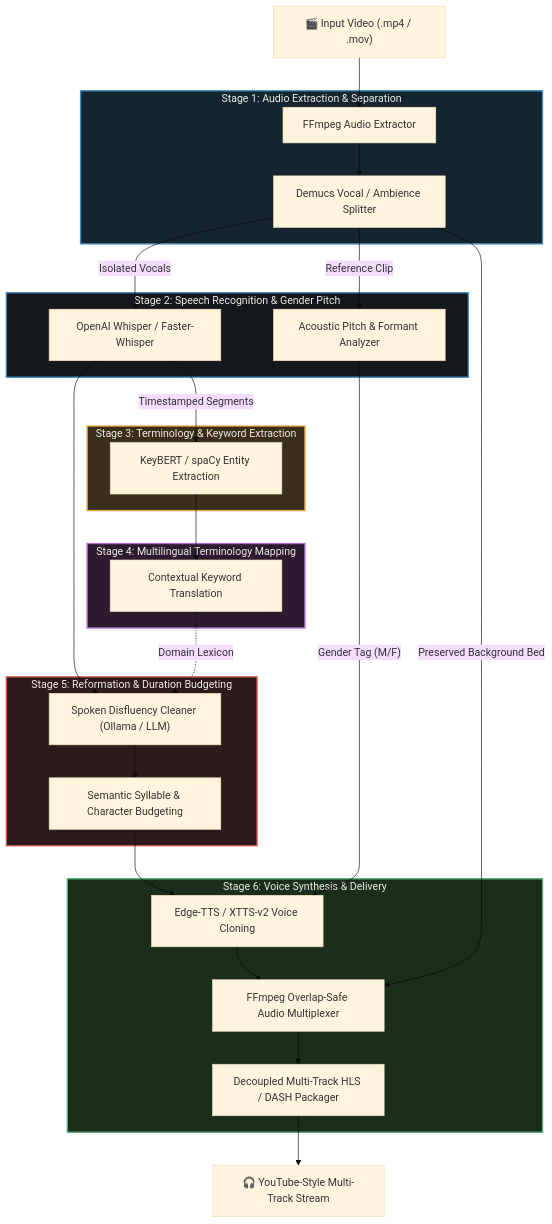
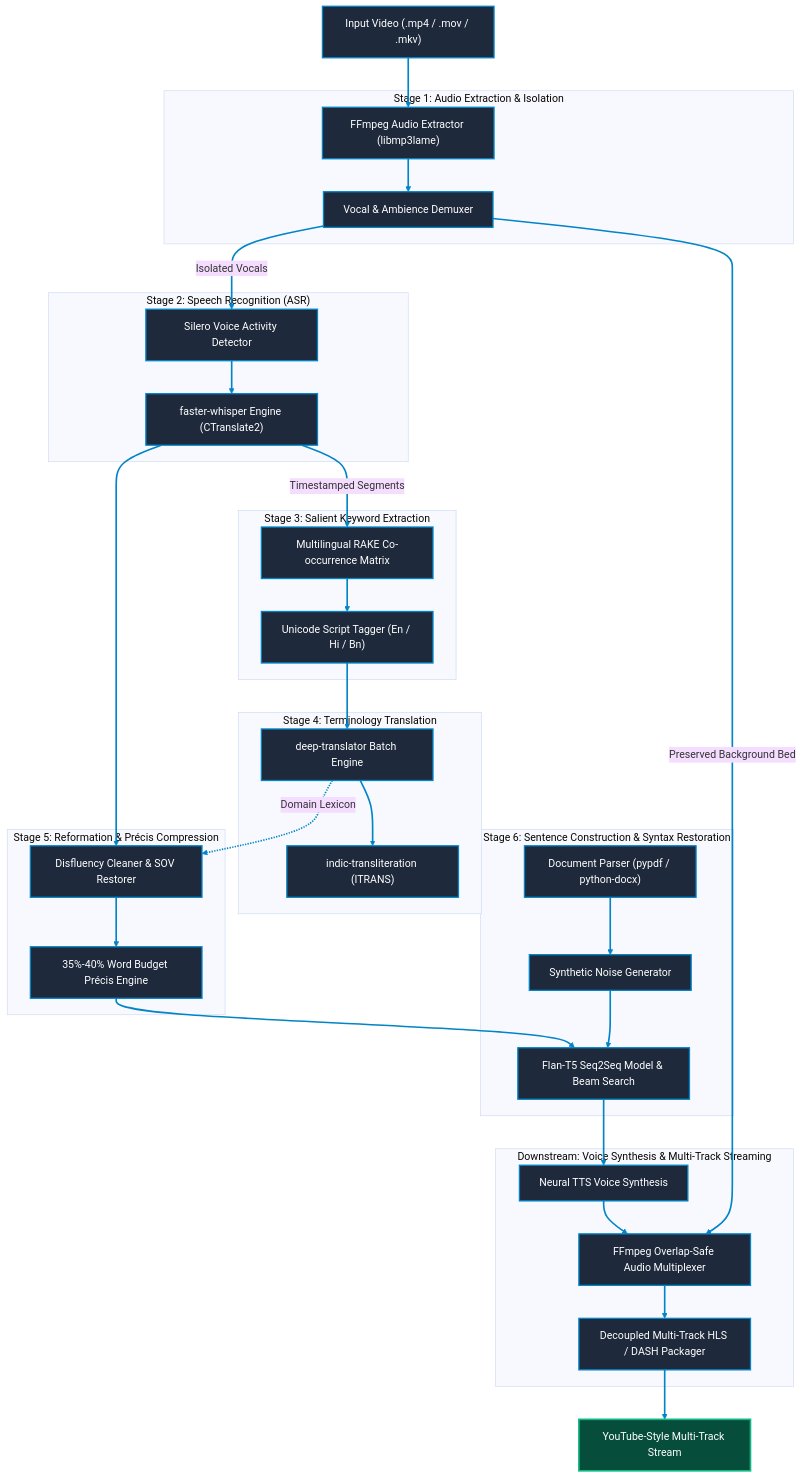
Before and after one commit to Babin123456/Nativox: the diagram in ARCHITECTURE.md, drawn with Mermaid (base theme). The commit also changed other lines of this file and 19 other files, not shown here.

First line of the commit message:
docs: standardize 6-stage architecture, remove launcher scripts, and refine documentation suite

````diff
--- a/ARCHITECTURE.md
+++ b/ARCHITECTURE.md
@@ -14,56 +14,69 @@
 ```mermaid
 graph TD
-    VID["🎬 Input Video (.mp4 / .mov)"]
+    VID["Input Video (.mp4 / .mov / .mkv)"]
     
-    subgraph S1["Stage 1: Audio Extraction & Separation"]
-        EXTRACT["FFmpeg Audio Extractor"]
-        DEMUCS["Demucs Vocal / Ambience Splitter"]
+    subgraph S1["Stage 1: Audio Extraction & Isolation"]
+        EXTRACT["FFmpeg Audio Extractor (libmp3lame)"]
+        DEMUCS["Vocal & Ambience Demuxer"]
     end
     
-    subgraph S2["Stage 2: Speech Recognition & Gender Pitch"]
-        WHISPER["OpenAI Whisper / Faster-Whisper"]
-        PITCH["Acoustic Pitch & Formant Analyzer"]
+    subgraph S2["Stage 2: Speech Recognition (ASR)"]
+        WHISPER["faster-whisper Engine (CTranslate2)"]
+        VAD["Silero Voice Activity Detector"]
     end
     
-    subgraph S3["Stage 3: Terminology & Keyword Extraction"]
-        KEYBERT["KeyBERT / spaCy Entity Extraction"]
+    subgraph S3["Stage 3: Salient Keyword Extraction"]
+        RAKE["Multilingual RAKE Co-occurrence Matrix"]
+        SCRIPT_TAG["Unicode Script Tagger (En / Hi / Bn)"]
     end
     
-    subgraph S4["Stage 4: Multilingual Terminology Mapping"]
-        TRANS_KW["Contextual Keyword Translation"]
+    subgraph S4["Stage 4: Terminology Translation"]
+        TRANS_KW["deep-translator Batch Engine"]
+        PHONETIC["indic-transliteration (ITRANS)"]
     end
     
-    subgraph S5["Stage 5: Reformation & Duration Budgeting"]
-        REFORM["Spoken Disfluency Cleaner (Ollama / LLM)"]
-        COMPRESS["Semantic Syllable & Character Budgeting"]
+    subgraph S5["Stage 5: Reformation & Précis Compression"]
+        REFORM["Disfluency Cleaner & SOV Restorer"]
+        COMPRESS["35%-40% Word Budget Précis Engine"]
+    end
+
+    subgraph S6["Stage 6: Sentence Construction & Syntax Restoration"]
+        DOC_INGEST["Document Parser (pypdf / python-docx)"]
+        CORRUPT["Synthetic Noise Generator"]
+        T5_TRAIN["Flan-T5 Seq2Seq Model & Beam Search"]
     end
     
-    subgraph S6["Stage 6: Voice Synthesis & Delivery"]
-        TTS["Edge-TTS / XTTS-v2 Voice Cloning"]
+    subgraph S7["Downstream: Voice Synthesis & Multi-Track Streaming"]
+        TTS["Neural TTS Voice Synthesis"]
         STITCH["FFmpeg Overlap-Safe Audio Multiplexer"]
         HLS["Decoupled Multi-Track HLS / DASH Packager"]
     end
 
     VID --> EXTRACT
     EXTRACT --> DEMUCS
-    DEMUCS -->|Isolated Vocals| WHISPER
-    DEMUCS -->|Reference Clip| PITCH
-    WHISPER -->|Timestamped Segments| KEYBERT
-    KEYBERT --> TRANS_KW
+    DEMUCS -->|Isolated Vocals| VAD
+    VAD --> WHISPER
+    WHISPER -->|Timestamped Segments| RAKE
+    RAKE --> SCRIPT_TAG
+    SCRIPT_TAG --> TRANS_KW
+    TRANS_KW --> PHONETIC
     WHISPER --> REFORM
     TRANS_KW -.->|Domain Lexicon| REFORM
     REFORM --> COMPRESS
-    COMPRESS --> TTS
-    PITCH -->|"Gender Tag (M/F)"| TTS
+    COMPRESS --> T5_TRAIN
+    DOC_INGEST --> CORRUPT
+    CORRUPT --> T5_TRAIN
+    T5_TRAIN --> TTS
     TTS --> STITCH
     DEMUCS -->|Preserved Background Bed| STITCH
     STITCH --> HLS
-    HLS --> DUBBED["🎧 YouTube-Style Multi-Track Stream"]
+    HLS --> DUBBED["YouTube-Style Multi-Track Stream"]
 
-    style S1 fill:#152530,stroke:#3E8FC4,stroke-width:2px,color:#EDEDE6
-    style S2 fill:#14171C,stroke:#3E8FC4,stroke-width:2px,color:#EDEDE6
-    style S3 fill:#3A2E18,stroke:#E8A33D,stroke-width:2px,color:#EDEDE6
-    style S4 fill:#2E1A2E,stroke:#B06AE0,stroke-width:2px,color:#EDEDE6
-    style S5 fill:#2E1A1A,stroke:#D96257,stroke-width:2px,color:#EDEDE6
-    style S6 fill:#1A2E1A,stroke:#4FAE7A,stroke-width:2px,color:#EDEDE6
+    linkStyle default stroke:#0284C7,stroke-width:2.5px;
+
+    classDef stageNode fill:#1E293B,stroke:#0284C7,stroke-width:2px,color:#FFFFFF;
+    classDef finalNode fill:#064E3B,stroke:#10B981,stroke-width:2.5px,color:#FFFFFF;
+
+    class VID,EXTRACT,DEMUCS,WHISPER,VAD,RAKE,SCRIPT_TAG,TRANS_KW,PHONETIC,REFORM,COMPRESS,DOC_INGEST,CORRUPT,T5_TRAIN,TTS,STITCH,HLS stageNode;
+    class DUBBED finalNode;
 ```
````
